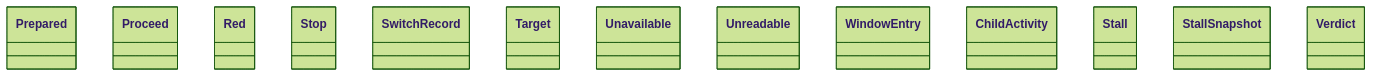
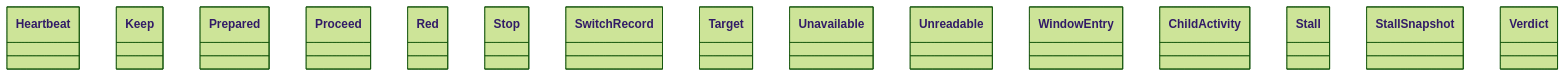
One commit to GonzaloZevallos/agentic-system changed the diagram in docs/architecture/generated/classes-process-domain-machine-3.md. Above: the diagram before and after it, drawn with Mermaid (forest theme). The commit also changed 20 other files, not shown here.

````diff
--- a/docs/architecture/generated/classes-process-domain-machine-3.md
+++ b/docs/architecture/generated/classes-process-domain-machine-3.md
@@ -32,16 +32,18 @@
 ```mermaid
 classDiagram
+    class stage0_rotation__Heartbeat["Heartbeat"]
+    class stage0_rotation__Keep["Keep"]
     class stage0_rotation__Prepared["Prepared"]
     class stage0_rotation__Proceed["Proceed"]
     class stage0_rotation__Red["Red"]
     class stage0_rotation__Stop["Stop"]
     class stage0_rotation__SwitchRecord["SwitchRecord"]
     class stage0_rotation__Target["Target"]
     class stage0_rotation__Unavailable["Unavailable"]
     class stage0_rotation__Unreadable["Unreadable"]
     class stage0_rotation__WindowEntry["WindowEntry"]
     class stall__ChildActivity["ChildActivity"]
     class stall__Stall["Stall"]
     class stall__StallSnapshot["StallSnapshot"]
     class stall__Verdict["Verdict"]
 ```
````
